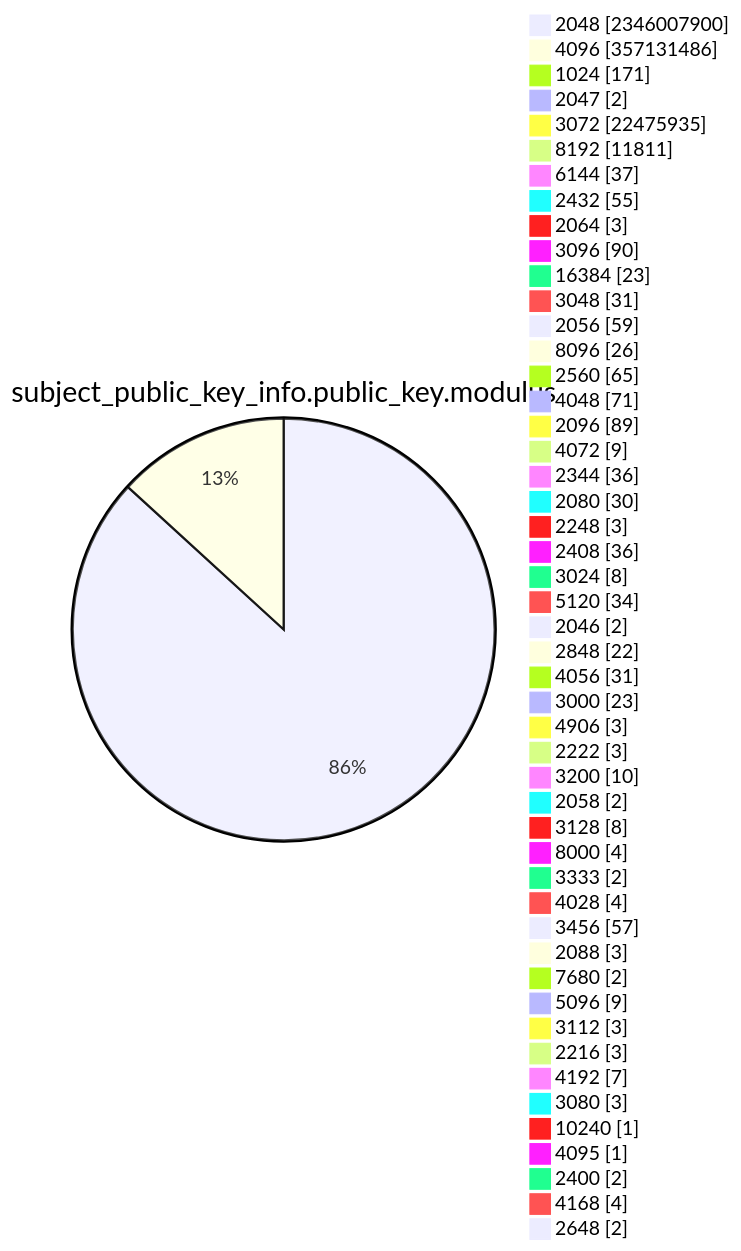
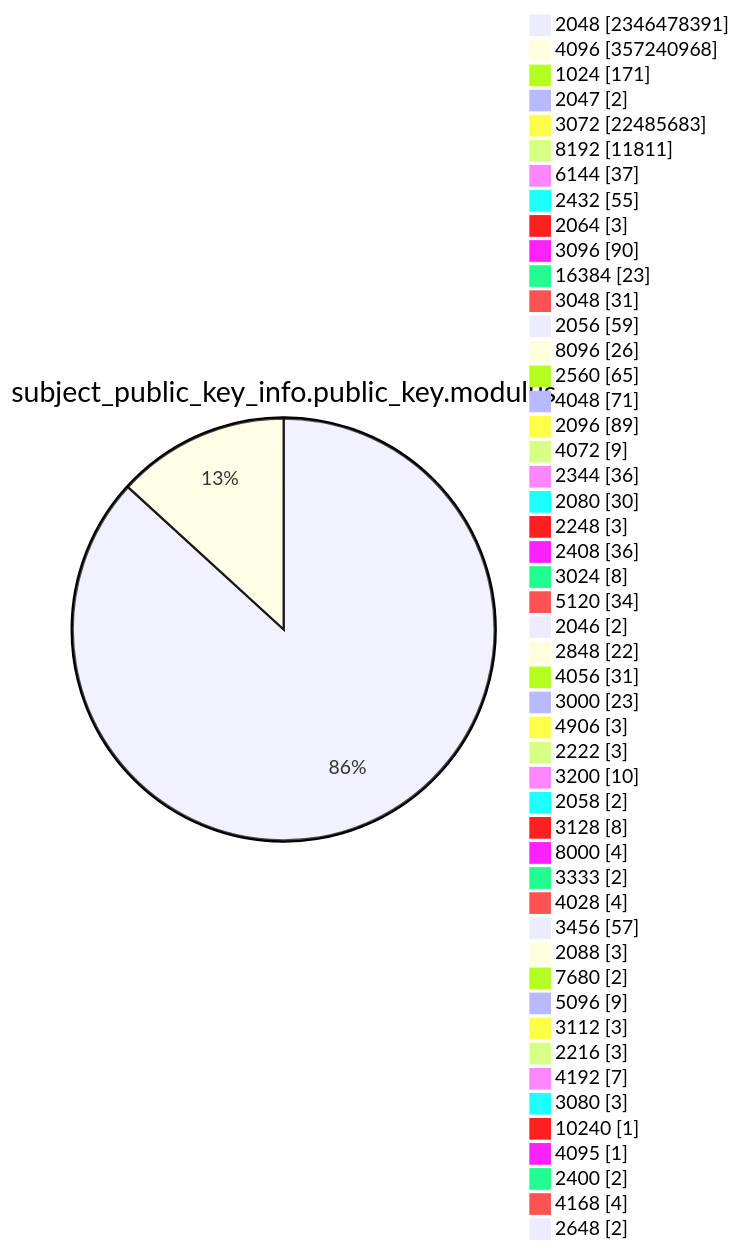
Before and after one commit to christiankrug/ctmonitor_visualization: diagram 13 of 15 in TOTAL/README.md, drawn with Mermaid. The commit also changed other lines of this file, not shown here.

````diff
--- a/TOTAL/README.md
+++ b/TOTAL/README.md
@@ -4167,53 +4167,53 @@
 ```mermaid
 pie showData
 title subject_public_key_info.public_key.modulus
-"2048" :2346007900
-"4096" :357131486
+"2048" :2346478391
+"4096" :357240968
 "1024" :171
 "2047" :2
-"3072" :22475935
+"3072" :22485683
 "8192" :11811
 "6144" :37
 "2432" :55
 "2064" :3
 "3096" :90
 "16384" :23
 "3048" :31
 "2056" :59
 "8096" :26
 "2560" :65
 "4048" :71
 "2096" :89
 "4072" :9
 "2344" :36
 "2080" :30
 "2248" :3
 "2408" :36
 "3024" :8
 "5120" :34
 "2046" :2
 "2848" :22
 "4056" :31
 "3000" :23
 "4906" :3
 "2222" :3
 "3200" :10
 "2058" :2
 "3128" :8
 "8000" :4
 "3333" :2
 "4028" :4
 "3456" :57
 "2088" :3
 "7680" :2
 "5096" :9
 "3112" :3
 "2216" :3
 "4192" :7
 "3080" :3
 "10240" :1
 "4095" :1
 "2400" :2
 "4168" :4
 "2648" :2
 ```
````
